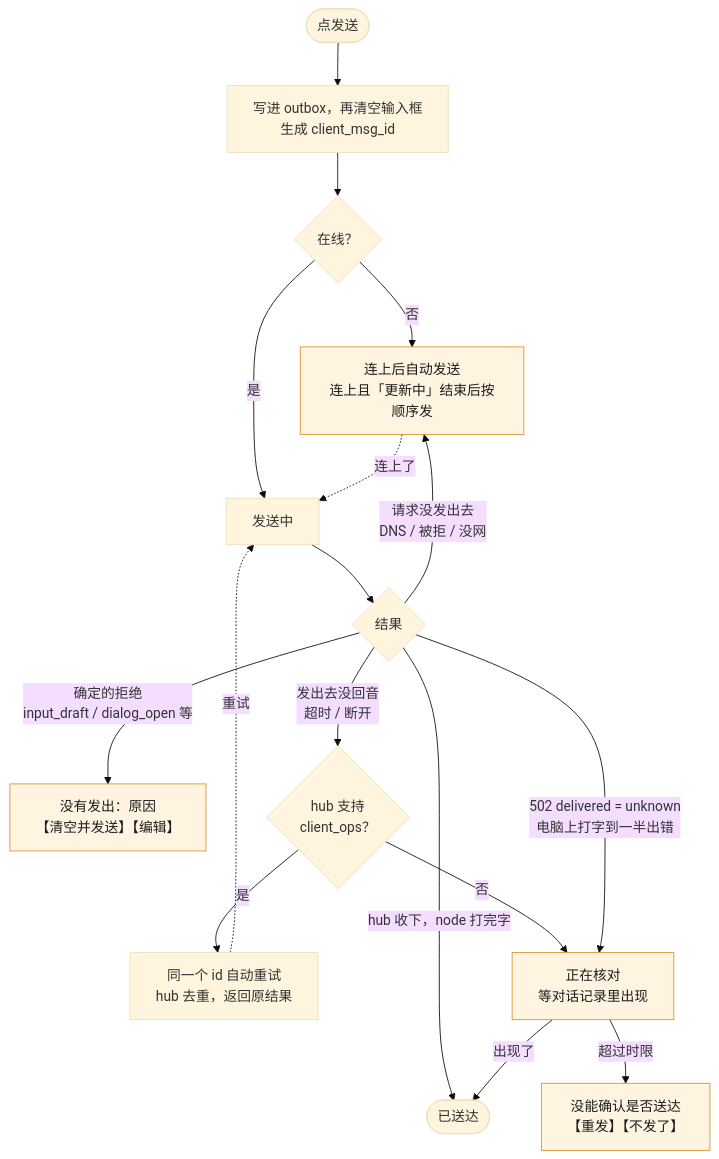
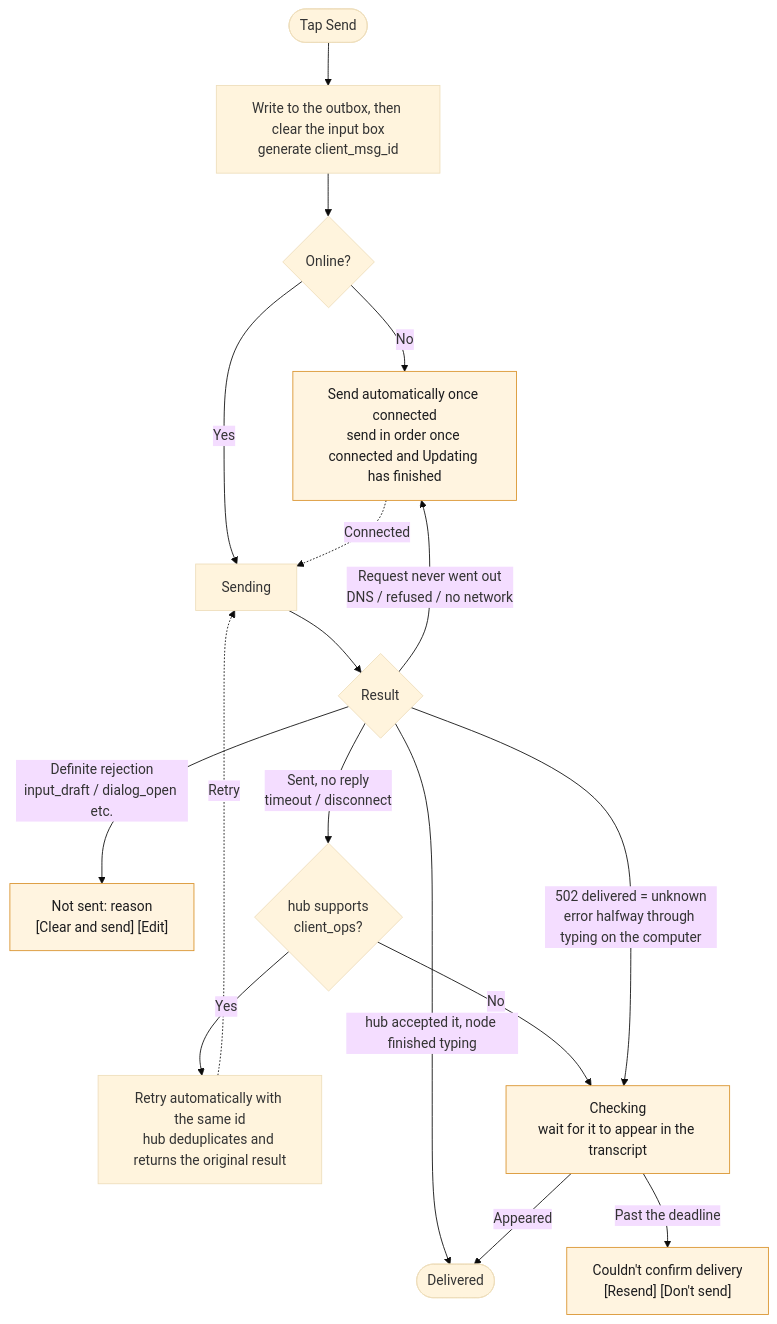
The tenth of 15 diagrams in docs/redesign/flows.md (413180794/persona), drawn with Mermaid (base theme) before and after one commit. The commit also changed other lines of this file and 6 other files, not shown here.

````diff
--- a/docs/redesign/flows.md
+++ b/docs/redesign/flows.md
@@ -251,21 +251,21 @@
 ```mermaid
 flowchart TD
-  S(["点发送"]) --> Q["写进 outbox，再清空输入框<br/>生成 client_msg_id"]
-  Q --> N{"在线？"}
-  N -- "否" --> WN["连上后自动发送<br/>连上且「更新中」结束后按顺序发"]
-  N -- "是" --> SD["发送中"]
-  WN -. "连上了" .-> SD
-  SD --> R{"结果"}
-  R -- "hub 收下，node 打完字" --> OK(["已送达"])
-  R -- "请求没发出去<br/>DNS / 被拒 / 没网" --> WN
-  R -- "确定的拒绝<br/>input_draft / dialog_open 等" --> RF["没有发出：原因<br/>【清空并发送】【编辑】"]
-  R -- "发出去没回音<br/>超时 / 断开" --> UK{"hub 支持<br/>client_ops？"}
-  UK -- "是" --> RT["同一个 id 自动重试<br/>hub 去重，返回原结果"]
-  RT -. "重试" .-> SD
-  UK -- "否" --> VF["正在核对<br/>等对话记录里出现"]
-  R -- "502 delivered = unknown<br/>电脑上打字到一半出错" --> VF
-  VF -- "出现了" --> OK
-  VF -- "超过时限" --> NR["没能确认是否送达<br/>【重发】【不发了】"]
+  S(["Tap Send"]) --> Q["Write to the outbox, then clear the input box<br/>generate client_msg_id"]
+  Q --> N{"Online?"}
+  N -- "No" --> WN["Send automatically once connected<br/>send in order once connected and Updating has finished"]
+  N -- "Yes" --> SD["Sending"]
+  WN -. "Connected" .-> SD
+  SD --> R{"Result"}
+  R -- "hub accepted it, node finished typing" --> OK(["Delivered"])
+  R -- "Request never went out<br/>DNS / refused / no network" --> WN
+  R -- "Definite rejection<br/>input_draft / dialog_open etc." --> RF["Not sent: reason<br/>[Clear and send] [Edit]"]
+  R -- "Sent, no reply<br/>timeout / disconnect" --> UK{"hub supports<br/>client_ops?"}
+  UK -- "Yes" --> RT["Retry automatically with the same id<br/>hub deduplicates and returns the original result"]
+  RT -. "Retry" .-> SD
+  UK -- "No" --> VF["Checking<br/>wait for it to appear in the transcript"]
+  R -- "502 delivered = unknown<br/>error halfway through typing on the computer" --> VF
+  VF -- "Appeared" --> OK
+  VF -- "Past the deadline" --> NR["Couldn't confirm delivery<br/>[Resend] [Don't send]"]
   classDef pending fill:#FFF4E0,stroke:#D9922B,color:#1C1C1E
   class WN,RF,VF,NR pending
 ```
````
